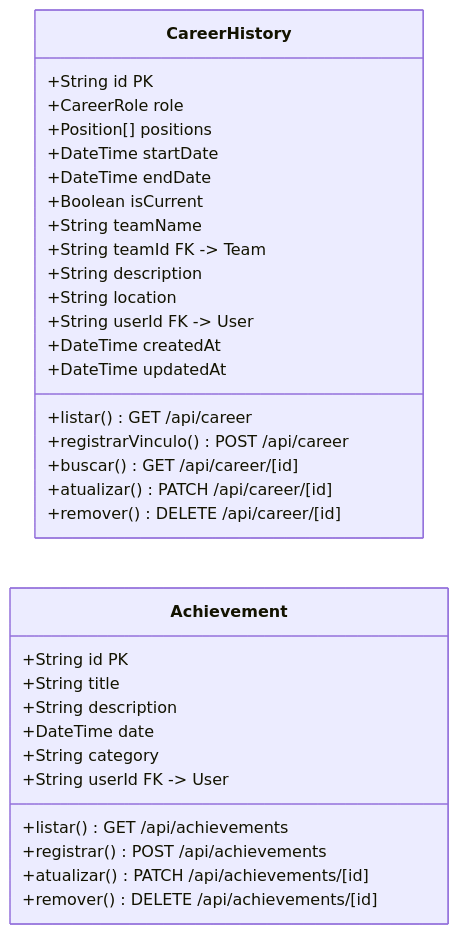
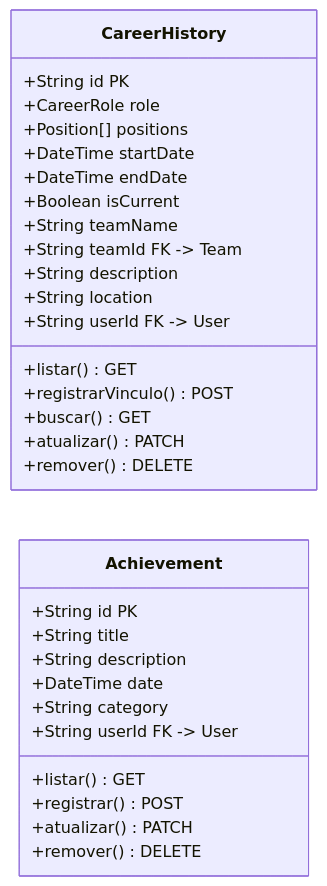
The diagram in docs/diagrams/classe-curriculo.mmd (gustaf30/cheerconnect), drawn with Mermaid before and after one commit. The commit also changed 32 other files, not shown here.

First line of the commit message:
Diagramas UML refeitos para leitura, com PNG versionados

```diff
--- a/docs/diagrams/classe-curriculo.mmd
+++ b/docs/diagrams/classe-curriculo.mmd
@@ -1,36 +1,34 @@
 %% Gerado por scripts/generate-diagrams.mjs — nao editar a mao.
 %% Fonte: prisma/schema.prisma e src/app/api/**/route.ts
 classDiagram
   direction LR
   class CareerHistory {
     +String id PK
     +CareerRole role
     +Position[] positions
     +DateTime startDate
     +DateTime endDate
     +Boolean isCurrent
     +String teamName
     +String teamId FK -> Team
     +String description
     +String location
     +String userId FK -> User
-    +DateTime createdAt
-    +DateTime updatedAt
-    +listar() GET /api/career
-    +registrarVinculo() POST /api/career
-    +buscar() GET /api/career/[id]
-    +atualizar() PATCH /api/career/[id]
-    +remover() DELETE /api/career/[id]
+    +listar() GET
+    +registrarVinculo() POST
+    +buscar() GET
+    +atualizar() PATCH
+    +remover() DELETE
   }
   class Achievement {
     +String id PK
     +String title
     +String description
     +DateTime date
     +String category
     +String userId FK -> User
-    +listar() GET /api/achievements
-    +registrar() POST /api/achievements
-    +atualizar() PATCH /api/achievements/[id]
-    +remover() DELETE /api/achievements/[id]
+    +listar() GET
+    +registrar() POST
+    +atualizar() PATCH
+    +remover() DELETE
   }
```
